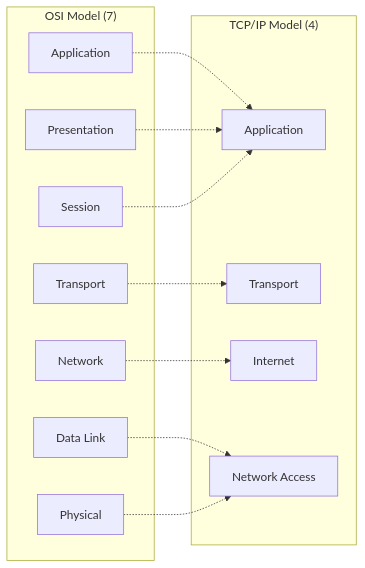
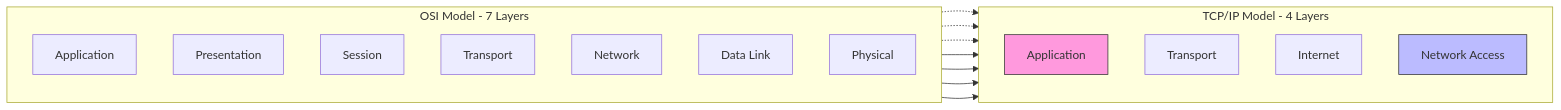
Before and after one commit to xujoncep/learning: the diagram in handnote/computer-networking/02-osi-tcp-ip-models.md, drawn with Mermaid. The commit also changed other lines of this file and 7 other files, not shown here.

````diff
--- a/handnote/computer-networking/02-osi-tcp-ip-models.md
+++ b/handnote/computer-networking/02-osi-tcp-ip-models.md
@@ -372,27 +36,32 @@
 ```mermaid
 graph LR
-    subgraph "OSI Model (7)"
-        O7["Application"]
-        O6["Presentation"]
-        O5["Session"]
-        O4["Transport"]
-        O3["Network"]
-        O2["Data Link"]
-        O1["Physical"]
+    subgraph OSI_Model [OSI Model - 7 Layers]
+        direction TB
+        A7[Application]
+        A6[Presentation]
+        A5[Session]
+        A4[Transport]
+        A3[Network]
+        A2[Data Link]
+        A1[Physical]
     end
 
-    subgraph "TCP/IP Model (4)"
-        T4a["Application"]
-        T3a["Transport"]
-        T2a["Internet"]
-        T1a["Network Access"]
+    subgraph TCP_IP [TCP/IP Model - 4 Layers]
+        direction TB
+        T4[Application]
+        T3[Transport]
+        T2[Internet]
+        T1[Network Access]
     end
 
-    O7 -.-> T4a
-    O6 -.-> T4a
-    O5 -.-> T4a
-    O4 -.-> T3a
-    O3 -.-> T2a
-    O2 -.-> T1a
-    O1 -.-> T1a
+    A7 -.-> T4
+    A6 -.-> T4
+    A5 -.-> T4
+    A4 --> T3
+    A3 --> T2
+    A2 --> T1
+    A1 --> T1
+
+    style T4 fill:#f9d,stroke:#333
+    style T1 fill:#bbf,stroke:#333
 ```
````
